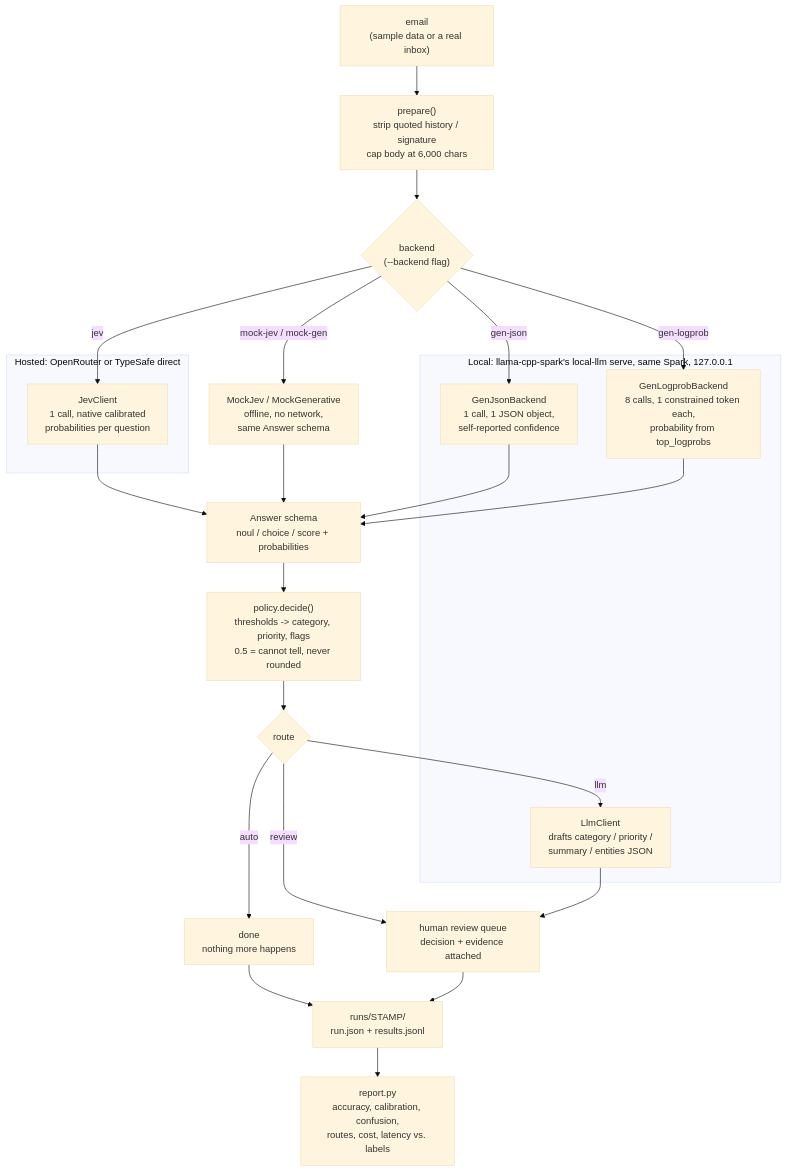
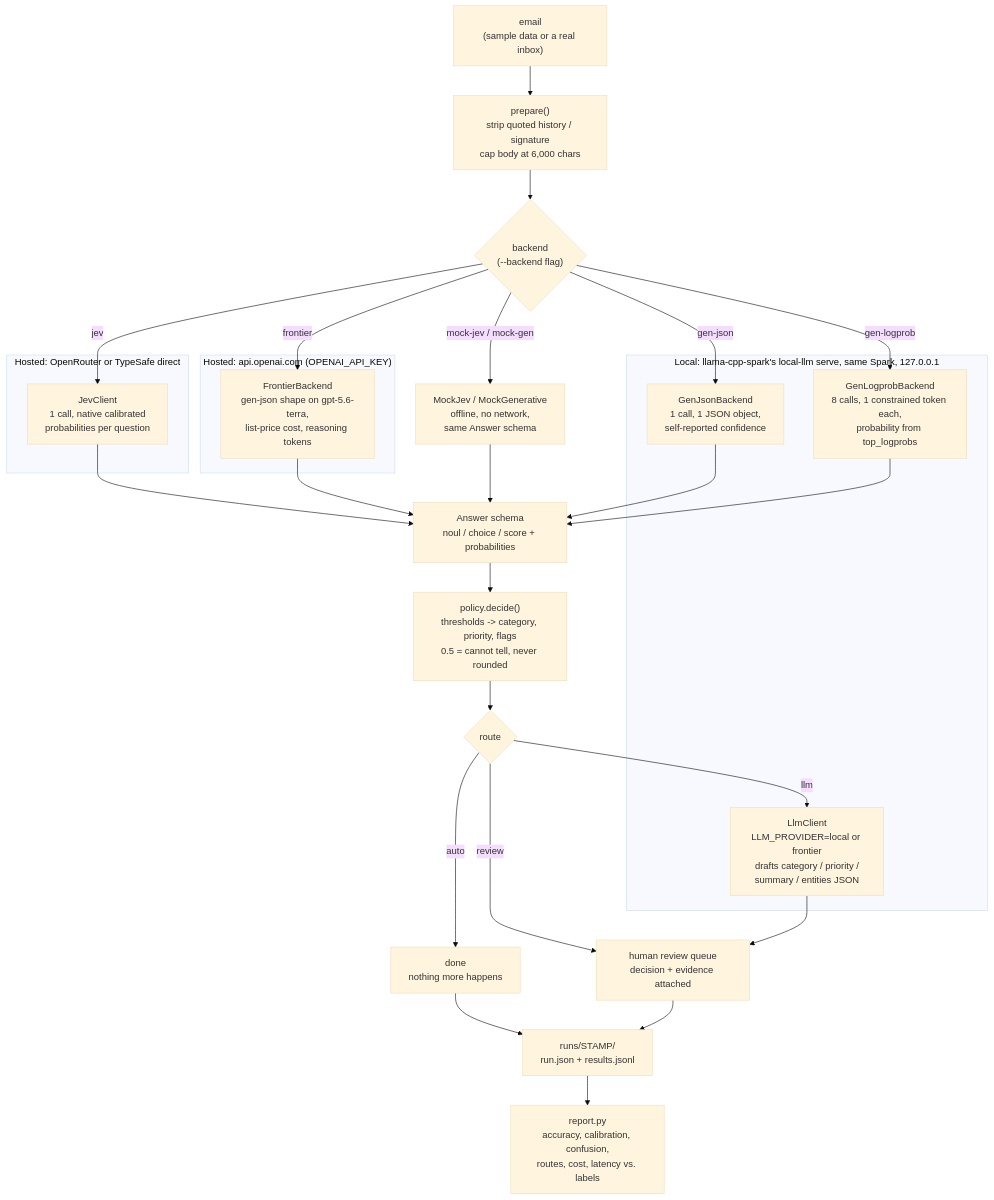
The diagram in README.md (skiingfalcon/jev-email-cascade), drawn with Mermaid (base theme) before and after one commit. The commit also changed other lines of this file and 13 other files, not shown here.

First line of the commit message:
Add a hosted frontier backend (OpenAI gpt-5.6-terra) to the comparison

````diff
--- a/README.md
+++ b/README.md
@@ -13,35 +14,40 @@
 ```mermaid
 flowchart TD
     A["email<br/>(sample data or a real inbox)"] --> B["prepare()<br/>strip quoted history / signature<br/>cap body at 6,000 chars"]
     B --> C{"backend<br/>(--backend flag)"}
 
     C -->|jev| D1["JevClient<br/>1 call, native calibrated<br/>probabilities per question"]
     C -->|gen-json| D2["GenJsonBackend<br/>1 call, 1 JSON object,<br/>self-reported confidence"]
     C -->|gen-logprob| D3["GenLogprobBackend<br/>8 calls, 1 constrained token each,<br/>probability from top_logprobs"]
+    C -->|frontier| D5["FrontierBackend<br/>gen-json shape on gpt-5.6-terra,<br/>list-price cost, reasoning tokens"]
     C -->|mock-jev / mock-gen| D4["MockJev / MockGenerative<br/>offline, no network,<br/>same Answer schema"]
 
     D1 --> E["Answer schema<br/>noul / choice / score + probabilities"]
     D2 --> E
     D3 --> E
+    D5 --> E
     D4 --> E
 
     E --> F["policy.decide()<br/>thresholds -> category, priority, flags<br/>0.5 = cannot tell, never rounded"]
     F --> G{route}
     G -->|auto| H1["done<br/>nothing more happens"]
     G -->|review| H2["human review queue<br/>decision + evidence attached"]
-    G -->|llm| H3["LlmClient<br/>drafts category / priority /<br/>summary / entities JSON"]
+    G -->|llm| H3["LlmClient<br/>LLM_PROVIDER=local or frontier<br/>drafts category / priority /<br/>summary / entities JSON"]
     H3 --> H2
 
     H1 --> I["runs/STAMP/<br/>run.json + results.jsonl"]
     H2 --> I
     I --> J["report.py<br/>accuracy, calibration, confusion,<br/>routes, cost, latency vs. labels"]
 
     subgraph Cloud["Hosted: OpenRouter or TypeSafe direct"]
         D1
     end
+    subgraph OpenAI["Hosted: api.openai.com (OPENAI_API_KEY)"]
+        D5
+    end
     subgraph Loopback["Local: llama-cpp-spark's local-llm serve, same Spark, 127.0.0.1"]
         D2
         D3
         H3
     end
 ```
````
